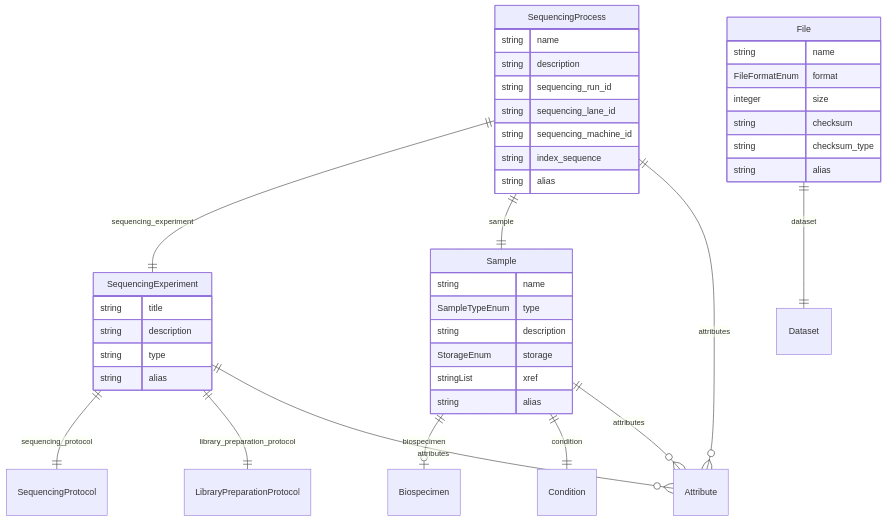
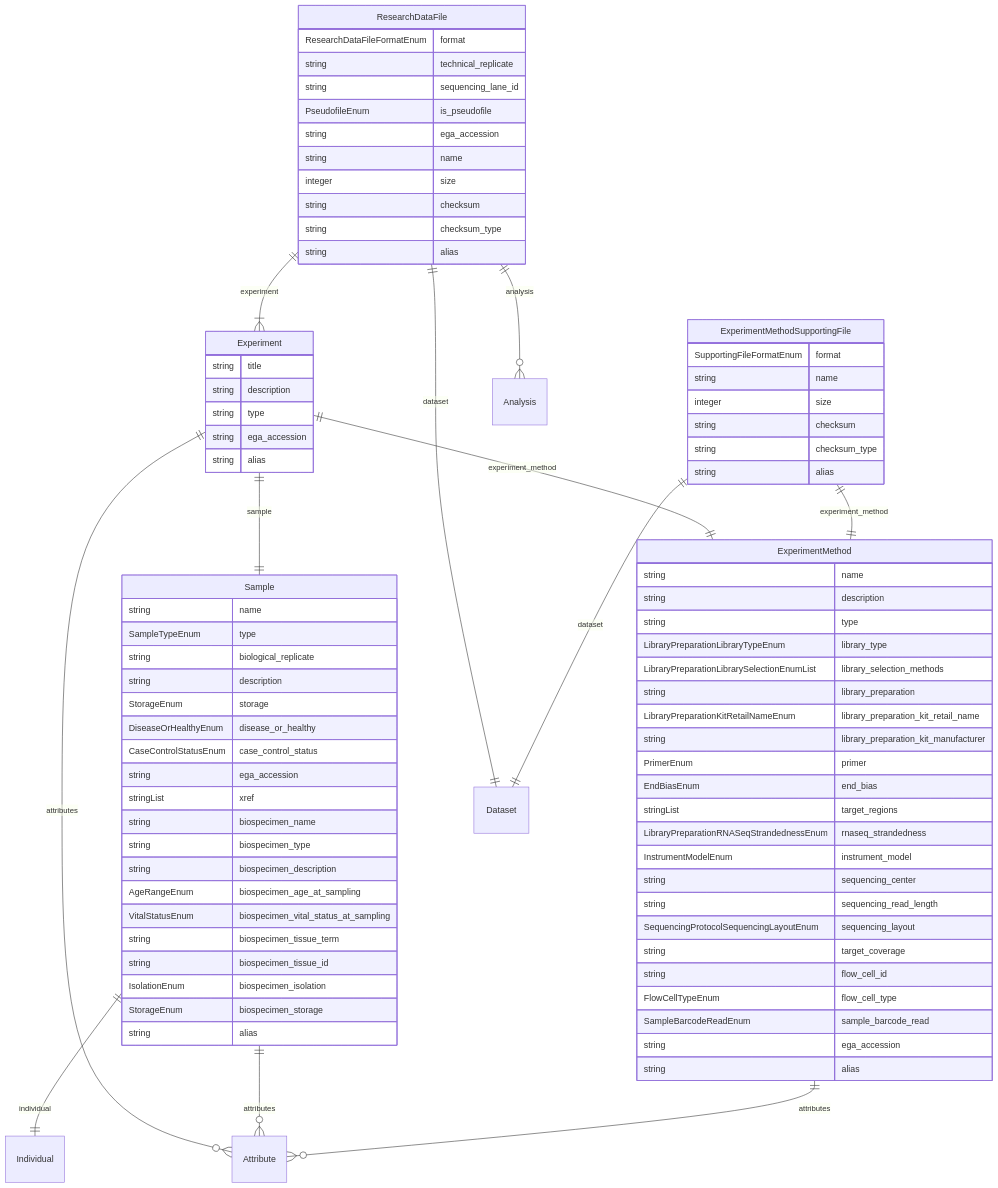
The fifth of 5 diagrams in docs/entity_relations.md (ghga-de/ghga-metadata-schema), drawn with Mermaid before and after one commit. The commit also changed other lines of this file and 384 other files, not shown here.

````diff
--- a/docs/entity_relations.md
+++ b/docs/entity_relations.md
@@ -267,17 +223,44 @@
 ```mermaid
 erDiagram
-SequencingProcess {
+ExperimentMethodSupportingFile {
+    SupportingFileFormatEnum format  
+    string name  
+    integer size  
+    string checksum  
+    string checksum_type  
+    string alias  
+}
+ExperimentMethod {
     string name  
     string description  
-    string sequencing_run_id  
-    string sequencing_lane_id  
-    string sequencing_machine_id  
-    string index_sequence  
+    string type  
+    LibraryPreparationLibraryTypeEnum library_type  
+    LibraryPreparationLibrarySelectionEnumList library_selection_methods  
+    string library_preparation  
+    LibraryPreparationKitRetailNameEnum library_preparation_kit_retail_name  
+    string library_preparation_kit_manufacturer  
+    PrimerEnum primer  
+    EndBiasEnum end_bias  
+    stringList target_regions  
+    LibraryPreparationRNASeqStrandednessEnum rnaseq_strandedness  
+    InstrumentModelEnum instrument_model  
+    string sequencing_center  
+    string sequencing_read_length  
+    SequencingProtocolSequencingLayoutEnum sequencing_layout  
+    string target_coverage  
+    string flow_cell_id  
+    FlowCellTypeEnum flow_cell_type  
+    SampleBarcodeReadEnum sample_barcode_read  
+    string ega_accession  
     string alias  
 }
-File {
+ResearchDataFile {
+    ResearchDataFileFormatEnum format  
+    string technical_replicate  
+    string sequencing_lane_id  
+    PseudofileEnum is_pseudofile  
+    string ega_accession  
     string name  
-    FileFormatEnum format  
     integer size  
     string checksum  
     string checksum_type  
@@ -286,27 +269,42 @@
 Sample {
     string name  
     SampleTypeEnum type  
+    string biological_replicate  
     string description  
     StorageEnum storage  
+    DiseaseOrHealthyEnum disease_or_healthy  
+    CaseControlStatusEnum case_control_status  
+    string ega_accession  
     stringList xref  
+    string biospecimen_name  
+    string biospecimen_type  
+    string biospecimen_description  
+    AgeRangeEnum biospecimen_age_at_sampling  
+    VitalStatusEnum biospecimen_vital_status_at_sampling  
+    string biospecimen_tissue_term  
+    string biospecimen_tissue_id  
+    IsolationEnum biospecimen_isolation  
+    StorageEnum biospecimen_storage  
     string alias  
 }
-SequencingExperiment {
+Experiment {
     string title  
     string description  
     string type  
+    string ega_accession  
     string alias  
 }
 
-SequencingProcess ||--|| SequencingExperiment : "sequencing_experiment"
-SequencingProcess ||--|| Sample : "sample"
-SequencingProcess ||--}o Attribute : "attributes"
-File ||--|| Dataset : "dataset"
-Sample ||--|o Biospecimen : "biospecimen"
-Sample ||--|| Condition : "condition"
+ExperimentMethodSupportingFile ||--|| ExperimentMethod : "experiment_method"
+ExperimentMethodSupportingFile ||--|| Dataset : "dataset"
+ExperimentMethod ||--}o Attribute : "attributes"
+ResearchDataFile ||--}| Experiment : "experiment"
+ResearchDataFile ||--}o Analysis : "analysis"
+ResearchDataFile ||--|| Dataset : "dataset"
+Sample ||--|| Individual : "individual"
 Sample ||--}o Attribute : "attributes"
-SequencingExperiment ||--|| SequencingProtocol : "sequencing_protocol"
-SequencingExperiment ||--|| LibraryPreparationProtocol : "library_preparation_protocol"
-SequencingExperiment ||--}o Attribute : "attributes"
+Experiment ||--|| ExperimentMethod : "experiment_method"
+Experiment ||--|| Sample : "sample"
+Experiment ||--}o Attribute : "attributes"
 
 ```
````
